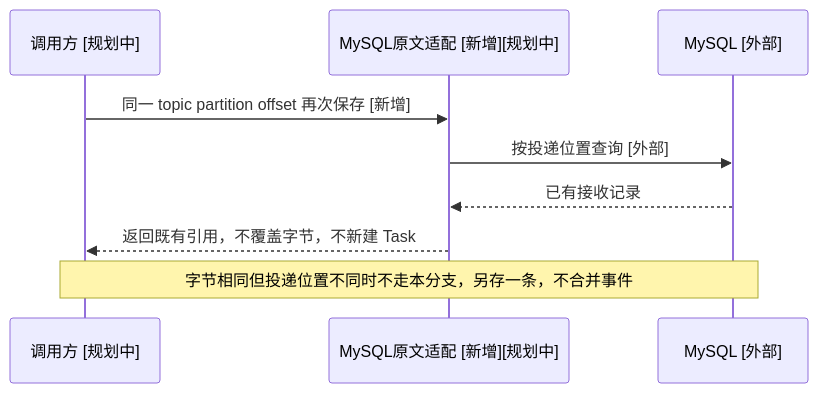
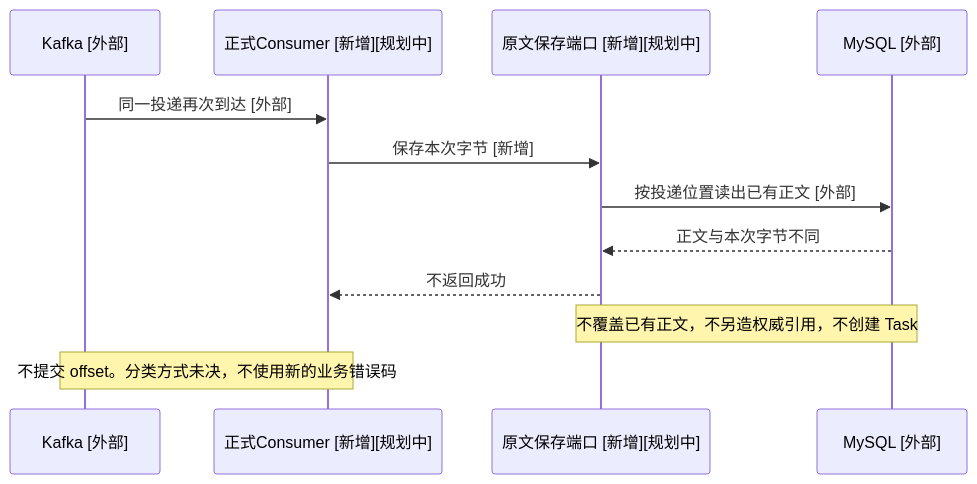
One commit to david606/mtx-data-platform changed the seventh of 7 diagrams in docs/development/IR-15-正式原文保存介质与保留策略专项决策准备.md. Above: the diagram before and after it, drawn with Mermaid. The commit also changed other lines of this file, not shown here.

````diff
--- a/docs/development/IR-15-正式原文保存介质与保留策略专项决策准备.md
+++ b/docs/development/IR-15-正式原文保存介质与保留策略专项决策准备.md
@@ -481,12 +604,15 @@
 ```mermaid
 sequenceDiagram
-    participant Caller as 调用方 [规划中]
-    participant Adapt as MySQL原文适配 [新增][规划中]
+    participant Kafka as Kafka [外部]
+    participant Cons as 正式Consumer [新增][规划中]
+    participant Port as 原文保存端口 [新增][规划中]
     participant DB as MySQL [外部]
 
-    Caller->>Adapt: 同一 topic partition offset 再次保存 [新增]
-    Adapt->>DB: 按投递位置查询 [外部]
-    DB-->>Adapt: 已有接收记录
-    Adapt-->>Caller: 返回既有引用，不覆盖字节，不新建 Task
-    Note over Caller,DB: 字节相同但投递位置不同时不走本分支，另存一条，不合并事件
+    Kafka->>Cons: 同一投递再次到达 [外部]
+    Cons->>Port: 保存本次字节 [新增]
+    Port->>DB: 按投递位置读出已有正文 [外部]
+    DB-->>Port: 正文与本次字节不同
+    Port-->>Cons: 不返回成功
+    Note over Port,DB: 不覆盖已有正文，不另造权威引用，不创建 Task
+    Note over Cons,Kafka: 不提交 offset。分类方式未决，不使用新的业务错误码
 ```
````
